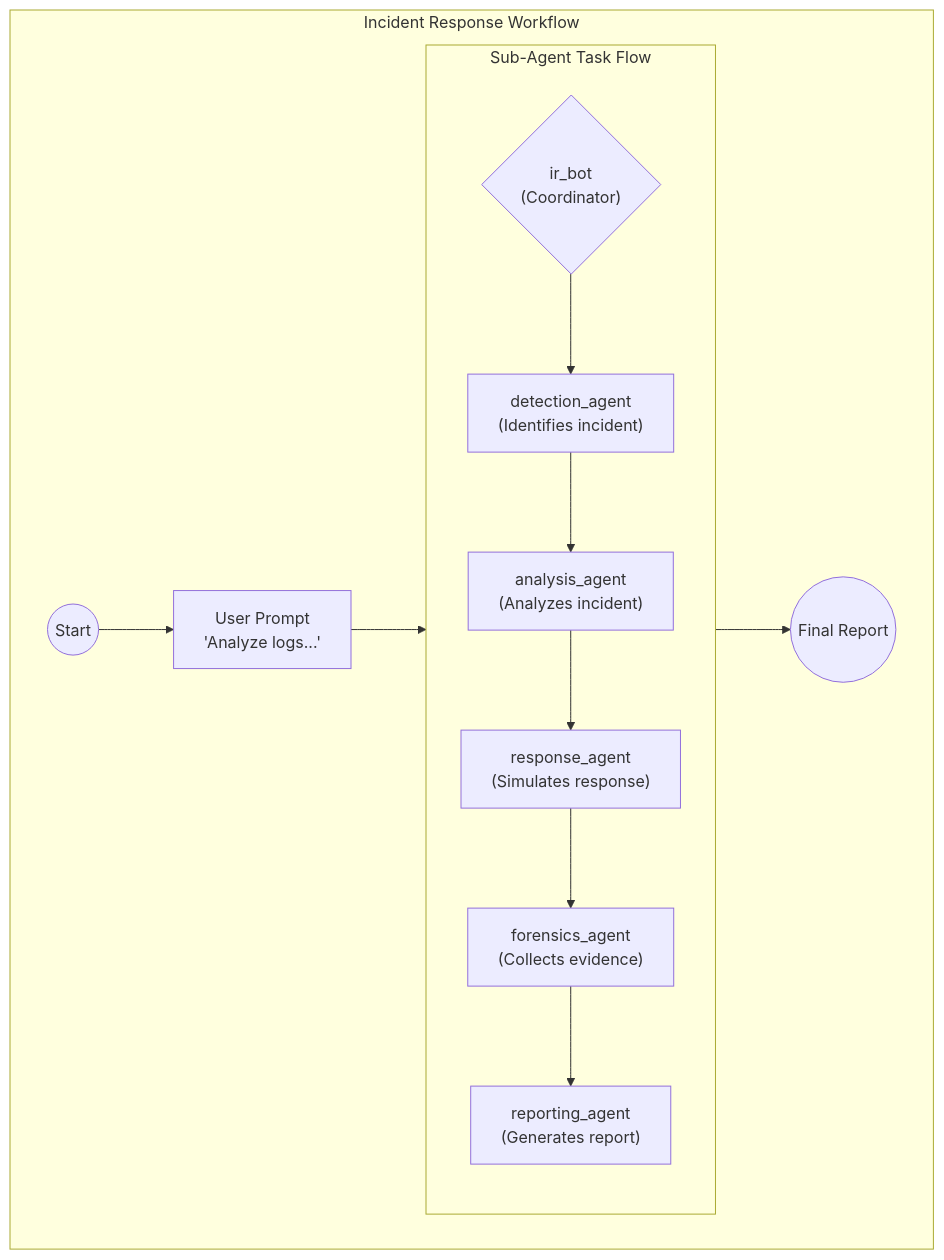
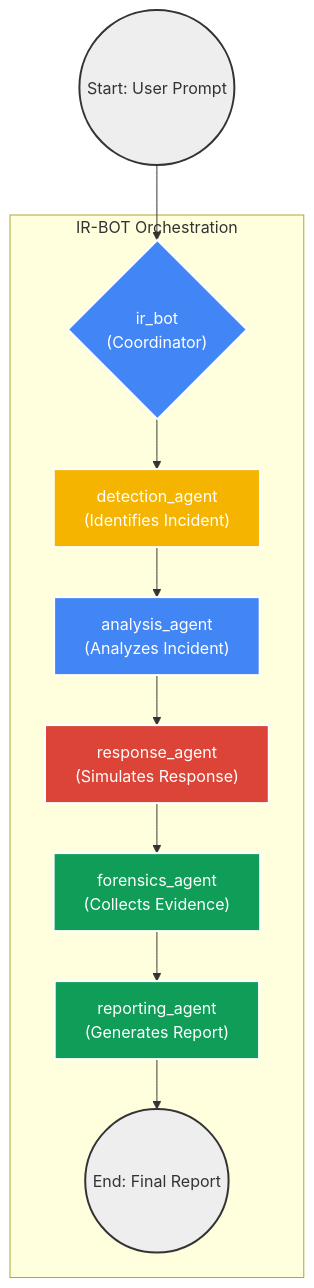
The diagram in README.md (kenpkz/adk-soc-demo), drawn with Mermaid before and after one commit. The commit also changed other lines of this file and 1 other file, not shown here.

Commit message:
Update diagram

````diff
--- a/README.md
+++ b/README.md
@@ -19,21 +19,33 @@
 ```mermaid
 graph TD
-    subgraph "Incident Response Workflow"
-        direction LR
-        Start((Start)) --> Prompt;
-        Prompt["User Prompt<br/>'Analyze logs...'"] --> IR_Bot;
+    %% Style Definitions
+    classDef googleBlue fill:#4285F4,stroke:#fff,stroke-width:2px,color:#fff;
+    classDef googleRed fill:#DB4437,stroke:#fff,stroke-width:2px,color:#fff;
+    classDef googleYellow fill:#F4B400,stroke:#fff,stroke-width:2px,color:#fff;
+    classDef googleGreen fill:#0F9D58,stroke:#fff,stroke-width:2px,color:#fff;
+    classDef startEnd fill:#eee,stroke:#333,stroke-width:2px,color:#333;
+
+    %% Graph
+    Start((Start: User Prompt)) --> IR_Bot;
+    
+    subgraph "IR-BOT Orchestration"
         IR_Bot{"ir_bot<br/>(Coordinator)"};
-        
-        subgraph "Sub-Agent Task Flow"
-            direction TB
-            IR_Bot --> Detection;
-            Detection["detection_agent<br/>(Identifies incident)"] --> Analysis;
-            Analysis["analysis_agent<br/>(Analyzes incident)"] --> Response;
-            Response["response_agent<br/>(Simulates response)"] --> Forensics;
-            Forensics["forensics_agent<br/>(Collects evidence)"] --> Reporting;
-            Reporting["reporting_agent<br/>(Generates report)"];
-        end
+        IR_Bot --> Detection;
+        Detection["detection_agent<br/>(Identifies Incident)"] --> Analysis;
+        Analysis["analysis_agent<br/>(Analyzes Incident)"] --> Response;
+        Response["response_agent<br/>(Simulates Response)"] --> Forensics;
+        Forensics["forensics_agent<br/>(Collects Evidence)"] --> Reporting;
+        Reporting["reporting_agent<br/>(Generates Report)"] --> End;
+    end
 
-        Reporting --> FinalReport((Final Report));
-    end
+    End((End: Final Report));
+
+    %% Class Assignments
+    class Start,End startEnd;
+    class IR_Bot googleBlue;
+    class Detection googleYellow;
+    class Analysis googleBlue;
+    class Response googleRed;
+    class Forensics googleGreen;
+    class Reporting googleGreen;
 ```
````
